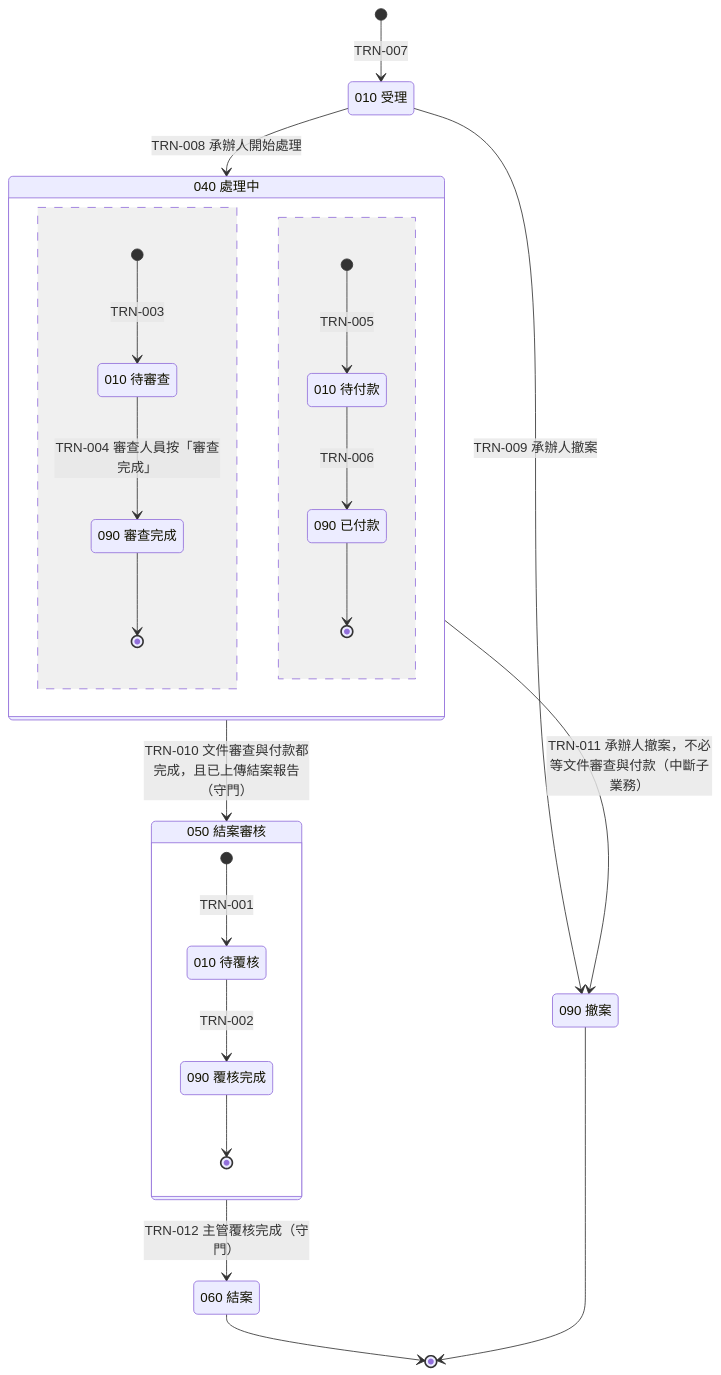
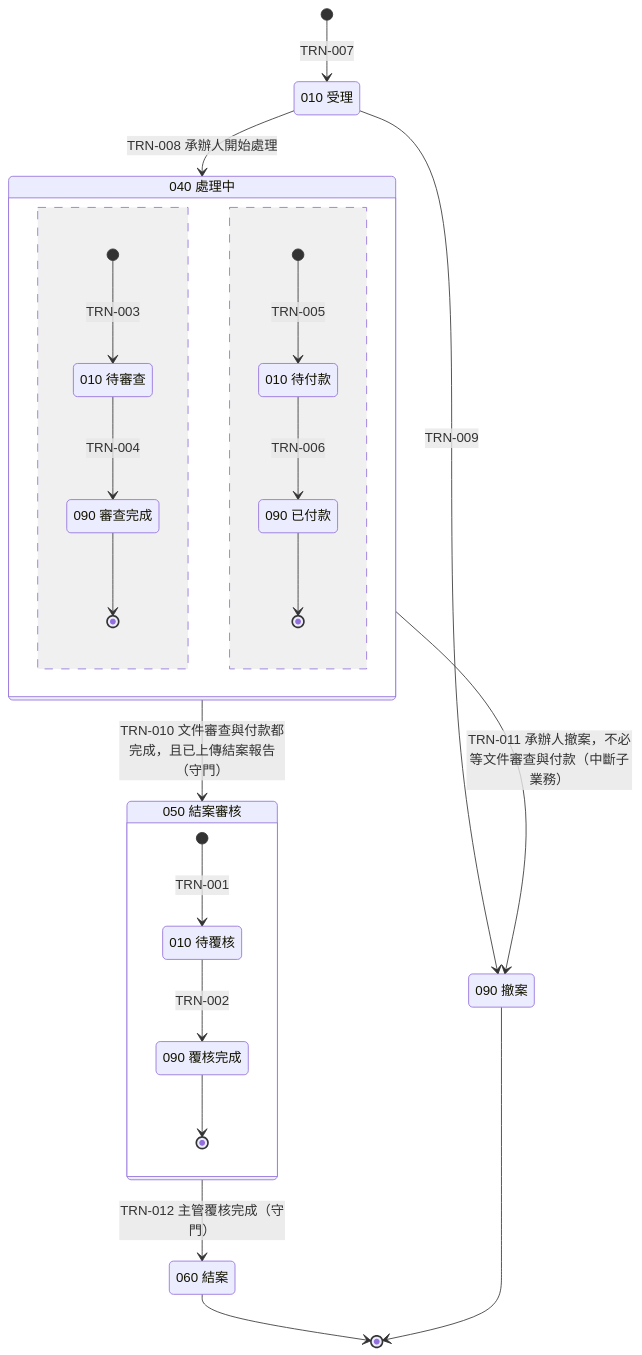
The first of 2 diagrams in docs/design/spec-schema-framework/examples/gate/rendered/04-workflow.md (jonny50905/MCPSample), drawn with Mermaid before and after one commit. The commit also changed other lines of this file and 42 other files, not shown here.

First line of the commit message:
docs(design): issue #37 不規定 Mermaid 畫法——狀態圖改由三位讀者解讀、外環逐行檢查並多數決（D24）

````diff
--- a/docs/design/spec-schema-framework/examples/gate/rendered/04-workflow.md
+++ b/docs/design/spec-schema-framework/examples/gate/rendered/04-workflow.md
@@ -10,34 +10,34 @@
 ```mermaid
 stateDiagram-v2
     state "010 受理" as S010
     state "040 處理中" as S040 {
         state "010 待審查" as R040_1_010
         state "090 審查完成" as R040_1_090
         [*] --> R040_1_010 : TRN-003
-        R040_1_010 --> R040_1_090 : TRN-004 審查人員按「審查完成」
+        R040_1_010 --> R040_1_090 : TRN-004
         R040_1_090 --> [*]
         --
         state "010 待付款" as R040_2_010
         state "090 已付款" as R040_2_090
         [*] --> R040_2_010 : TRN-005
         R040_2_010 --> R040_2_090 : TRN-006
         R040_2_090 --> [*]
     }
     state "050 結案審核" as S050 {
         state "010 待覆核" as R050_1_010
         state "090 覆核完成" as R050_1_090
         [*] --> R050_1_010 : TRN-001
         R050_1_010 --> R050_1_090 : TRN-002
         R050_1_090 --> [*]
     }
     state "060 結案" as S060
     state "090 撤案" as S090
     [*] --> S010 : TRN-007
     S010 --> S040 : TRN-008 承辦人開始處理
-    S010 --> S090 : TRN-009 承辦人撤案
+    S010 --> S090 : TRN-009
     S040 --> S050 : TRN-010 文件審查與付款都完成，且已上傳結案報告（守門）
     S040 --> S090 : TRN-011 承辦人撤案，不必等文件審查與付款（中斷子業務）
     S050 --> S060 : TRN-012 主管覆核完成（守門）
     S060 --> [*]
     S090 --> [*]
 ```
````
